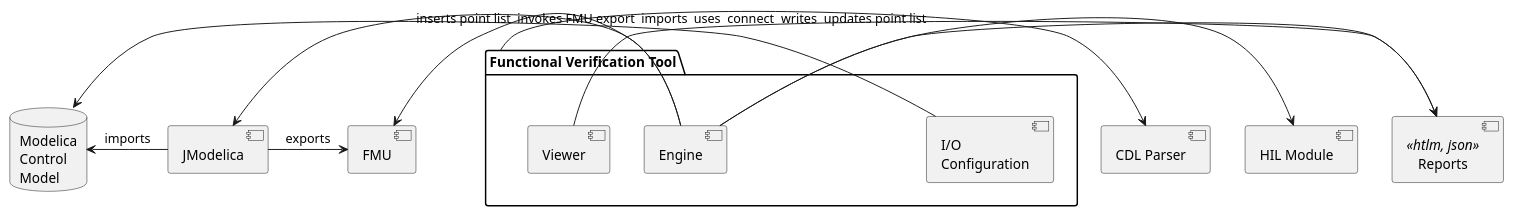
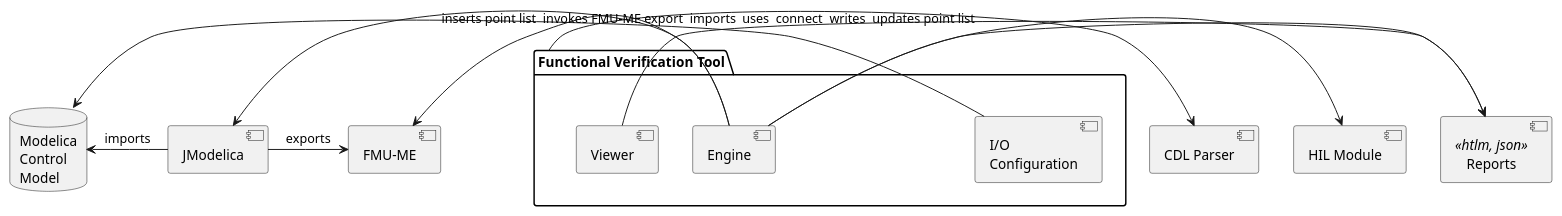
The fourth of 4 diagrams in specification/source/softwareArchitecture.rst (lbl-srg/obc), drawn with PlantUML before and after one commit. The commit also changed other lines of this file, not shown here.

```diff
--- a/specification/source/softwareArchitecture.rst
+++ b/specification/source/softwareArchitecture.rst
@@ -158,26 +211,26 @@
 .. uml::
    :caption: Overall software architecture of the Functional Verification Tool.
 
    skinparam componentStyle uml2
 
    package "Functional Verification Tool" as vt{
        [I/O\nConfiguration]
        [Engine]
        [Viewer]
    }
    [CDL Parser]
    [JModelica]
    database "Modelica\nControl\nModel" as mod_ctl
-   [FMU]
+   [FMU-ME]
    [Reports] <<htlm, json>>
    [HIL Module]
 
    vt -r-> [CDL Parser]: uses
    [I/O\nConfiguration] -> mod_ctl : updates point list
-   [Engine] -> [FMU] : inserts point list
-   [Engine] -> [JModelica] : invokes FMU export
+   [Engine] -> [FMU-ME] : inserts point list
+   [Engine] -> [JModelica] : invokes FMU-ME export
    [JModelica] -l-> mod_ctl: imports
-   [JModelica] -> [FMU] : exports
+   [JModelica] -> [FMU-ME] : exports
    [Engine] -> [HIL Module]: connect
    [Engine] -> [Reports]: writes
    [Viewer] -> [Reports]: imports
```
